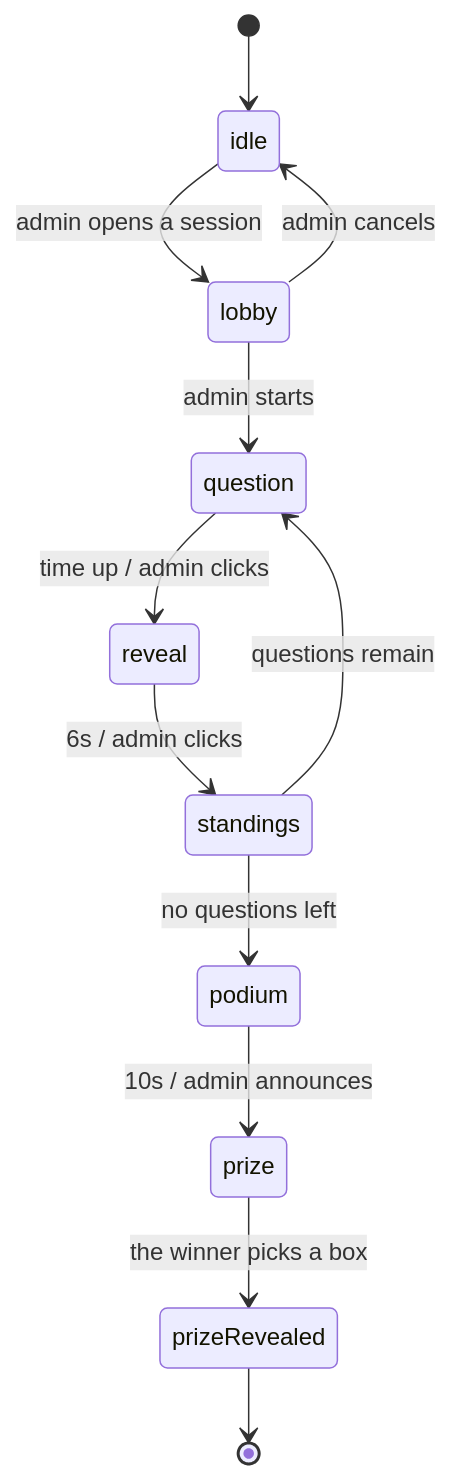
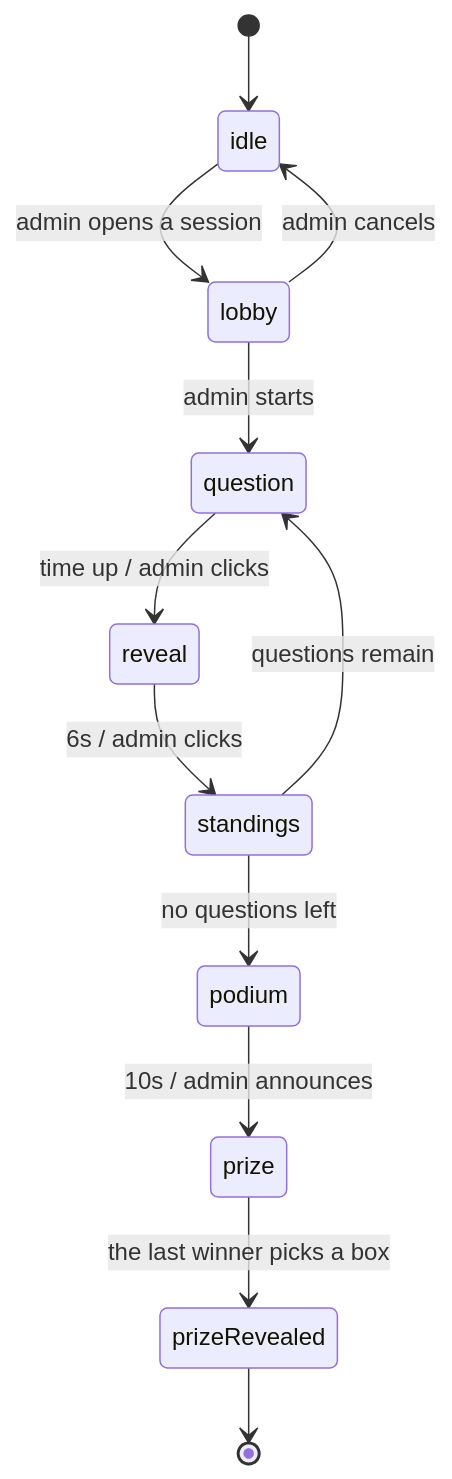
The diagram in docs/plan.md (kiu-chan/open-day-quiz), drawn with Mermaid before and after one commit. The commit also changed other lines of this file and 18 other files, not shown here.

````diff
--- a/docs/plan.md
+++ b/docs/plan.md
@@ -35,14 +35,14 @@
 ```mermaid
 stateDiagram-v2
     [*] --> idle
     idle --> lobby: admin opens a session
     lobby --> question: admin starts
     question --> reveal: time up / admin clicks
     reveal --> standings: 6s / admin clicks
     standings --> question: questions remain
     standings --> podium: no questions left
     podium --> prize: 10s / admin announces
-    prize --> prizeRevealed: the winner picks a box
+    prize --> prizeRevealed: the last winner picks a box
     prizeRevealed --> [*]
     lobby --> idle: admin cancels
 ```
````
